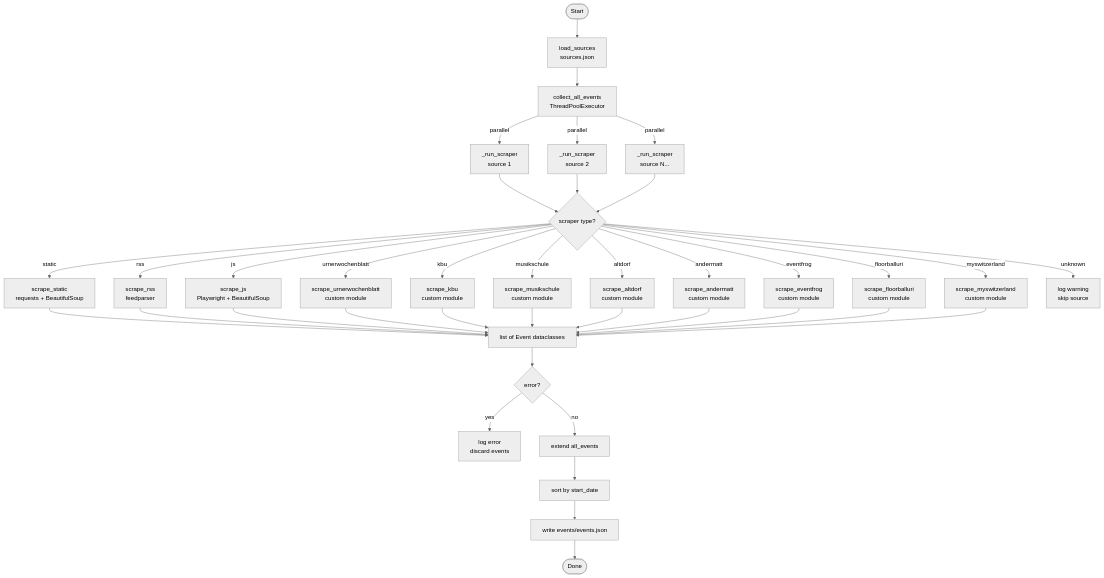
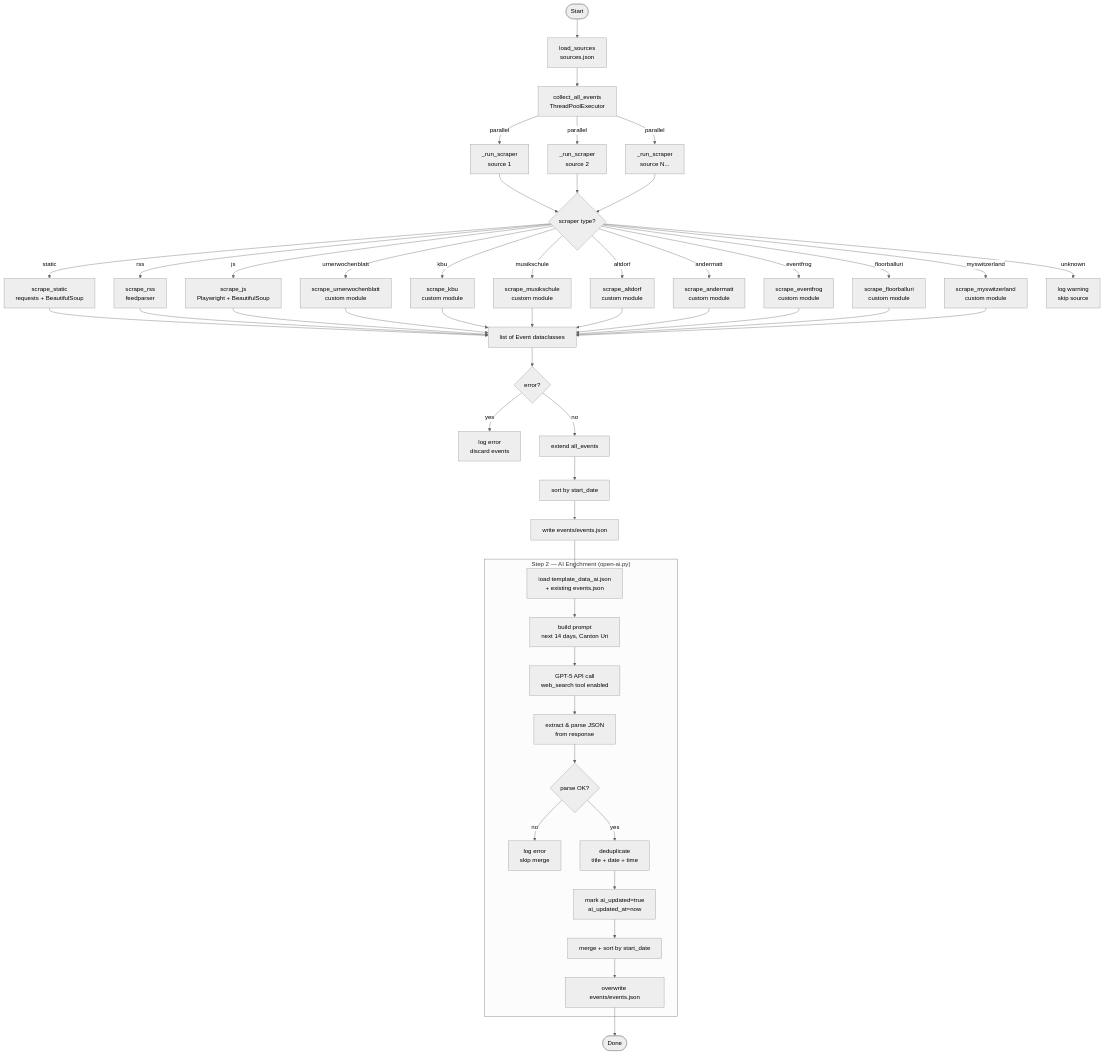
The diagram in scraping/Doc.md (kaitlynh/uri-calendar), drawn with Mermaid (neutral theme) before and after one commit.

````diff
--- a/scraping/Doc.md
+++ b/scraping/Doc.md
@@ -97,34 +97,50 @@
 ```mermaid
 flowchart TD
     A([Start]) --> B[load_sources\nsources.json]
     B --> C[collect_all_events\nThreadPoolExecutor]
 
     C --> |parallel| D1[_run_scraper\nsource 1]
     C --> |parallel| D2[_run_scraper\nsource 2]
     C --> |parallel| Dn[_run_scraper\nsource N...]
 
     D1 & D2 & Dn --> E{scraper type?}
 
     E --> |static| F1[scrape_static\nrequests + BeautifulSoup]
     E --> |rss| F2[scrape_rss\nfeedparser]
     E --> |js| F3[scrape_js\nPlaywright + BeautifulSoup]
     E --> |urnerwochenblatt| F4[scrape_urnerwochenblatt\ncustom module]
     E --> |kbu| F5[scrape_kbu\ncustom module]
     E --> |musikschule| F6[scrape_musikschule\ncustom module]
     E --> |altdorf| F7[scrape_altdorf\ncustom module]
     E --> |andermatt| F8[scrape_andermatt\ncustom module]
     E --> |eventfrog| F9[scrape_eventfrog\ncustom module]
     E --> |floorballuri| F10[scrape_floorballuri\ncustom module]
     E --> |myswitzerland| F11[scrape_myswitzerland\ncustom module]
     E --> |unknown| ERR[log warning\nskip source]
 
     F1 & F2 & F3 & F4 & F5 & F6 & F7 & F8 & F9 & F10 & F11 --> G[list of Event dataclasses]
 
     G --> H{error?}
     H --> |yes| I[log error\ndiscard events]
     H --> |no| J[extend all_events]
 
     J --> K[sort by start_date]
     K --> L[write events/events.json]
-    L --> Z([Done])
+
+    L --> AI1
+
+    subgraph AI ["Step 2 — AI Enrichment (open-ai.py)"]
+        AI1[load template_data_ai.json\n+ existing events.json]
+        AI1 --> AI2[build prompt\nnext 14 days, Canton Uri]
+        AI2 --> AI3[GPT-5 API call\nweb_search tool enabled]
+        AI3 --> AI4[extract & parse JSON\nfrom response]
+        AI4 --> AI5{parse OK?}
+        AI5 --> |no| AI6[log error\nskip merge]
+        AI5 --> |yes| AI7[deduplicate\ntitle + date + time]
+        AI7 --> AI8[mark ai_updated=true\nai_updated_at=now]
+        AI8 --> AI9[merge + sort by start_date]
+        AI9 --> AI10[overwrite events/events.json]
+    end
+
+    AI10 --> Z([Done])
 ```
````
